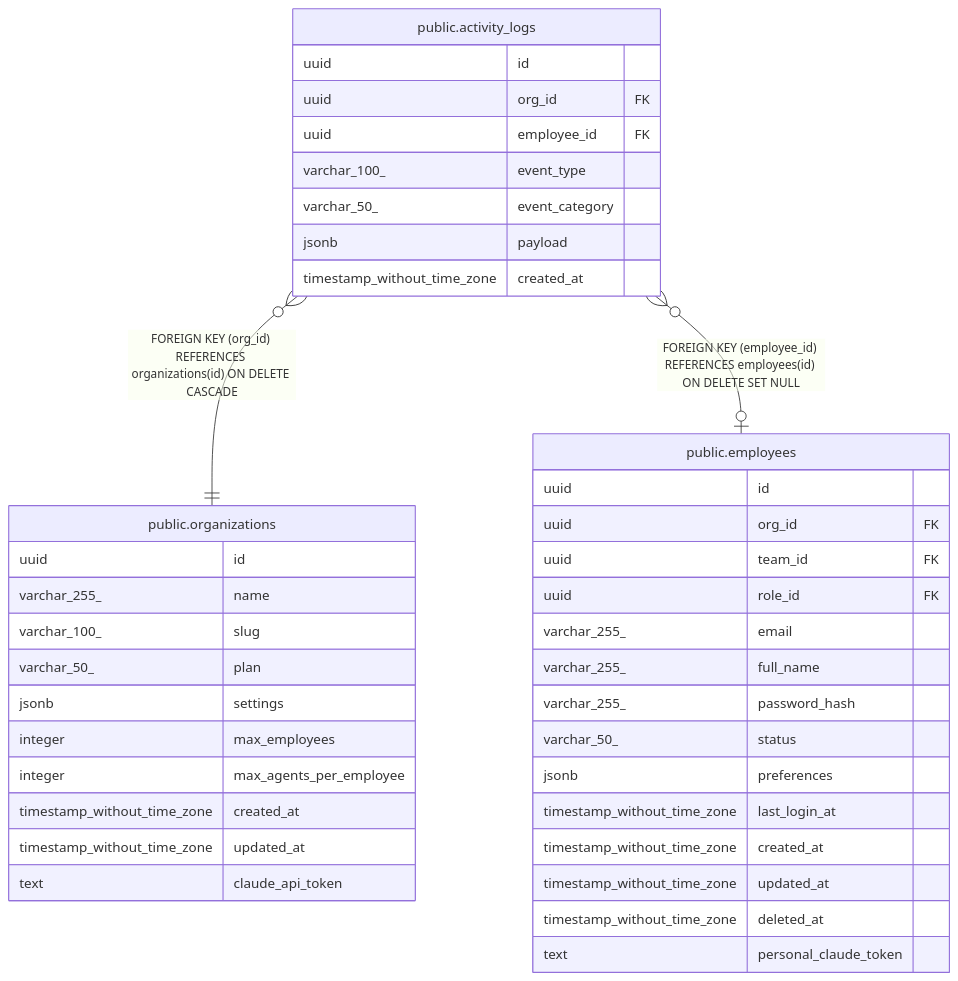
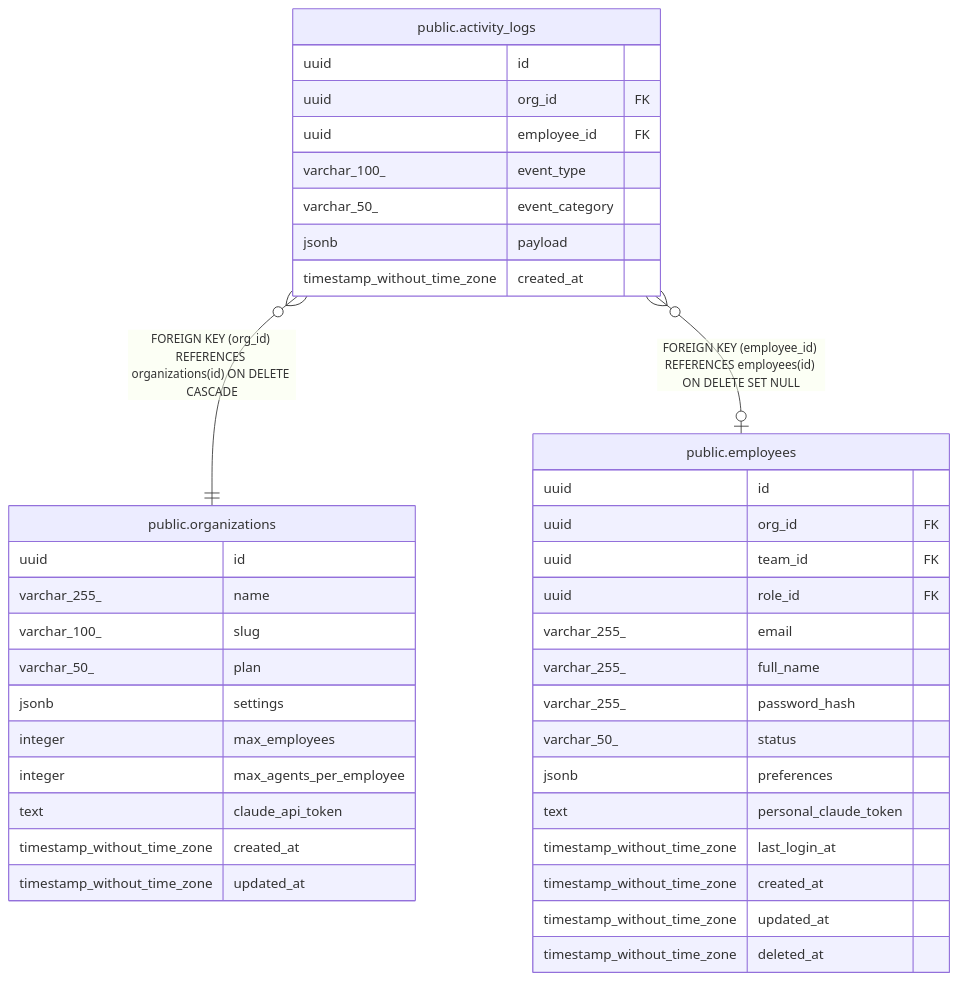
One commit to rastrigin-systems/arfa changed the diagram in docs/public.activity_logs.md. Above: the diagram before and after it, drawn with Mermaid. The commit also changed other lines of this file and 57 other files, not shown here.

````diff
--- a/docs/public.activity_logs.md
+++ b/docs/public.activity_logs.md
@@ -37,44 +37,44 @@
 ```mermaid
 erDiagram
 
 "public.activity_logs" }o--|| "public.organizations" : "FOREIGN KEY (org_id) REFERENCES organizations(id) ON DELETE CASCADE"
 "public.activity_logs" }o--o| "public.employees" : "FOREIGN KEY (employee_id) REFERENCES employees(id) ON DELETE SET NULL"
 
 "public.activity_logs" {
   uuid id
   uuid org_id FK
   uuid employee_id FK
   varchar_100_ event_type
   varchar_50_ event_category
   jsonb payload
   timestamp_without_time_zone created_at
 }
 "public.organizations" {
   uuid id
   varchar_255_ name
   varchar_100_ slug
   varchar_50_ plan
   jsonb settings
   integer max_employees
   integer max_agents_per_employee
+  text claude_api_token
   timestamp_without_time_zone created_at
   timestamp_without_time_zone updated_at
-  text claude_api_token
 }
 "public.employees" {
   uuid id
   uuid org_id FK
   uuid team_id FK
   uuid role_id FK
   varchar_255_ email
   varchar_255_ full_name
   varchar_255_ password_hash
   varchar_50_ status
   jsonb preferences
+  text personal_claude_token
   timestamp_without_time_zone last_login_at
   timestamp_without_time_zone created_at
   timestamp_without_time_zone updated_at
   timestamp_without_time_zone deleted_at
-  text personal_claude_token
 }
 ```
````
